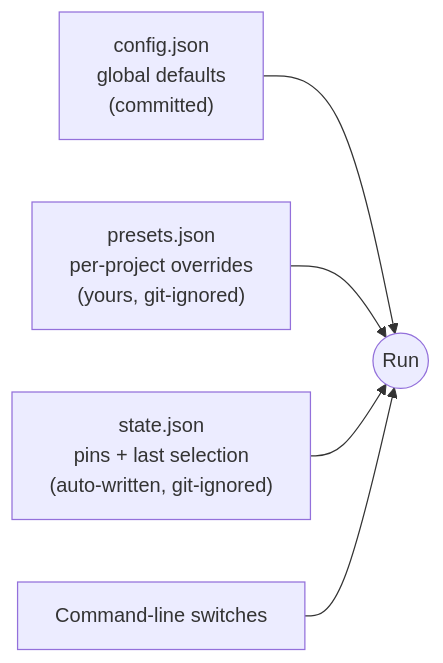
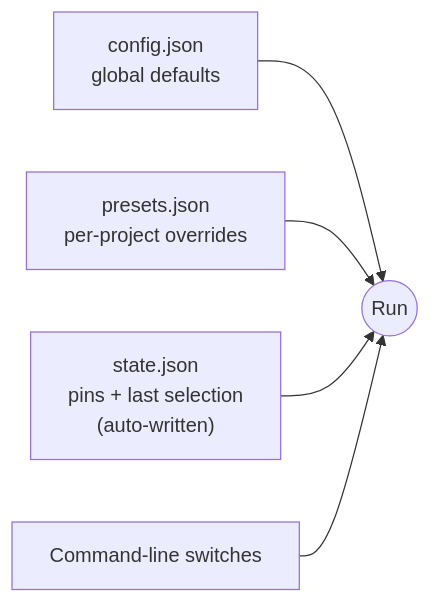
The seventh of 7 diagrams in README.md (dstaulcu/workspace-orchestrator), drawn with Mermaid before and after one commit. The commit also changed other lines of this file and 14 other files, not shown here.

First line of the commit message:
Remote column, settings outside repo, window per project, focus-if-open

````diff
--- a/README.md
+++ b/README.md
@@ -201,7 +201,7 @@
 ```mermaid
 flowchart LR
-    CFG["config.json<br/>global defaults<br/>(committed)"] --> RUN(("Run"))
-    PRE["presets.json<br/>per-project overrides<br/>(yours, git-ignored)"] --> RUN
-    STA["state.json<br/>pins + last selection<br/>(auto-written, git-ignored)"] --> RUN
+    CFG["config.json<br/>global defaults"] --> RUN(("Run"))
+    PRE["presets.json<br/>per-project overrides"] --> RUN
+    STA["state.json<br/>pins + last selection<br/>(auto-written)"] --> RUN
     CLI["Command-line switches"] --> RUN
 ```
````
